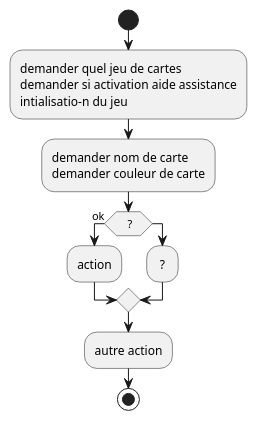
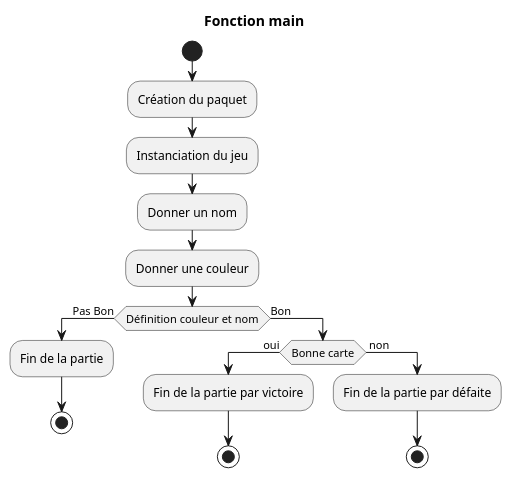
The diagram in src/main/kotlin/org/sio/slam/devine/DiagActPre.adoc (LiLcHUkuY/projet-dev-cartes), drawn with PlantUML before and after one commit.

Commit message:
Fin Diagramme d'activité 1

```diff
--- a/src/main/kotlin/org/sio/slam/devine/DiagActPre.adoc
+++ b/src/main/kotlin/org/sio/slam/devine/DiagActPre.adoc
@@ -1,18 +1,26 @@
 [plantuml]
 -----
 @startuml
+
+title Fonction main
+
 start
-:demander quel jeu de cartes
-demander si activation aide assistance
-intialisatio-n du jeu;
-:demander nom de carte
-demander couleur de carte;
-if ( ?) equals (ok) then
-  :action;
-else
-  : ? ;
-endif
-:autre action;
+
+:Création du paquet;
+:Instanciation du jeu;
+:Donner un nom;
+:Donner une couleur;
+
+if (Définition couleur et nom) then (Pas Bon)
+    :Fin de la partie;
+    stop
+else (Bon)
+    if (Bonne carte) then (oui)
+        :Fin de la partie par victoire;
+        stop
+    else ( non)
+        :Fin de la partie par défaite;
+
 stop
 @enduml
 -----
```
